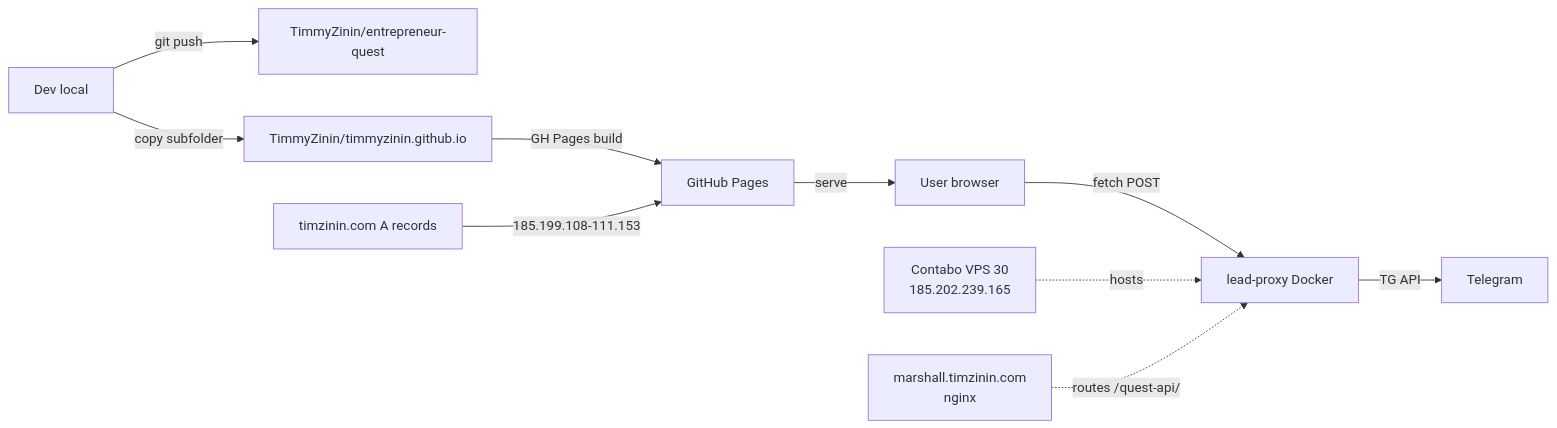
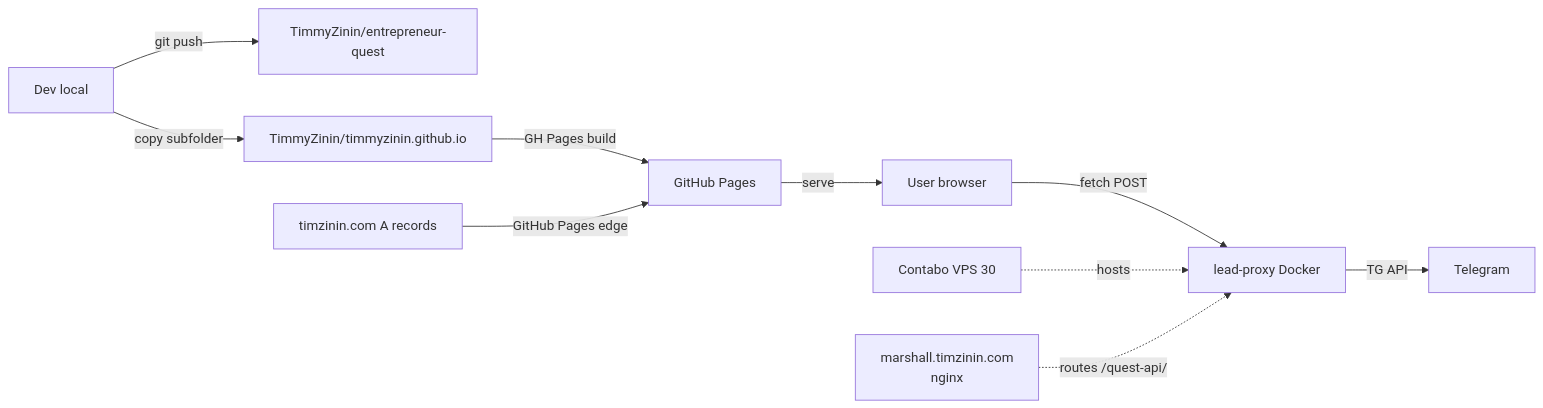
One commit to TimmyZinin/entrepreneur-quest changed the diagram in docs/Deployment.md. Above: the diagram before and after it, drawn with Mermaid. The commit also changed other lines of this file and 1 other file, not shown here.

First line of the commit message:
fix: S6 round 1 — Changelog Mermaid, redact IP addresses

````diff
--- a/docs/Deployment.md
+++ b/docs/Deployment.md
@@ -5,12 +5,12 @@
 ```mermaid
 flowchart LR
   Dev[Dev local] -->|git push| GHRepo1[TimmyZinin/entrepreneur-quest]
   Dev -->|copy subfolder| GHRepo2[TimmyZinin/timmyzinin.github.io]
   GHRepo2 -->|GH Pages build| Pages[GitHub Pages]
-  DNS[timzinin.com A records] -->|185.199.108-111.153| Pages
+  DNS[timzinin.com A records] -->|GitHub Pages edge| Pages
   Pages -->|serve| User[User browser]
   User -->|fetch POST| Proxy[lead-proxy Docker]
   Proxy -->|TG API| Bot[Telegram]
-  VPS[Contabo VPS 30<br/>185.202.239.165] -.hosts.-> Proxy
+  VPS[Contabo VPS 30] -.hosts.-> Proxy
   Nginx[marshall.timzinin.com<br/>nginx] -.routes /quest-api/.-> Proxy
 ```
````
